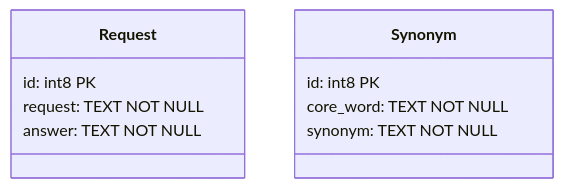
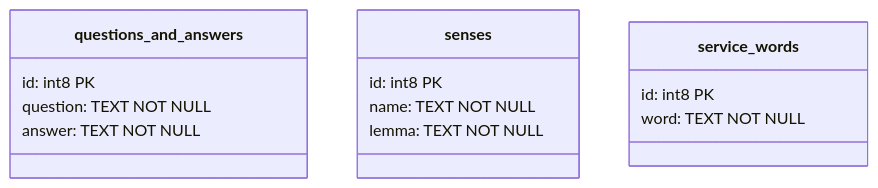
The diagram in lab_1/README.md (ernestlitvinenko/text-indexing-lab-works), drawn with Mermaid before and after one commit. The commit also changed other lines of this file and 7 other files, not shown here.

````diff
--- a/lab_1/README.md
+++ b/lab_1/README.md
@@ -24,14 +26,20 @@
 ```mermaid
 classDiagram
-    class Request {
+    class questions_and_answers {
         id: int8 PK
-        request: TEXT NOT NULL
+        question: TEXT NOT NULL
         answer: TEXT NOT NULL
     }
 
-    class Synonym {
+    class senses {
         id: int8 PK
-        core_word: TEXT NOT NULL
-        synonym: TEXT NOT NULL
+        name: TEXT NOT NULL
+        lemma: TEXT NOT NULL
     }
+
+    class service_words {
+        id: int8 PK
+        word: TEXT NOT NULL
+    }
+
 ```
````
